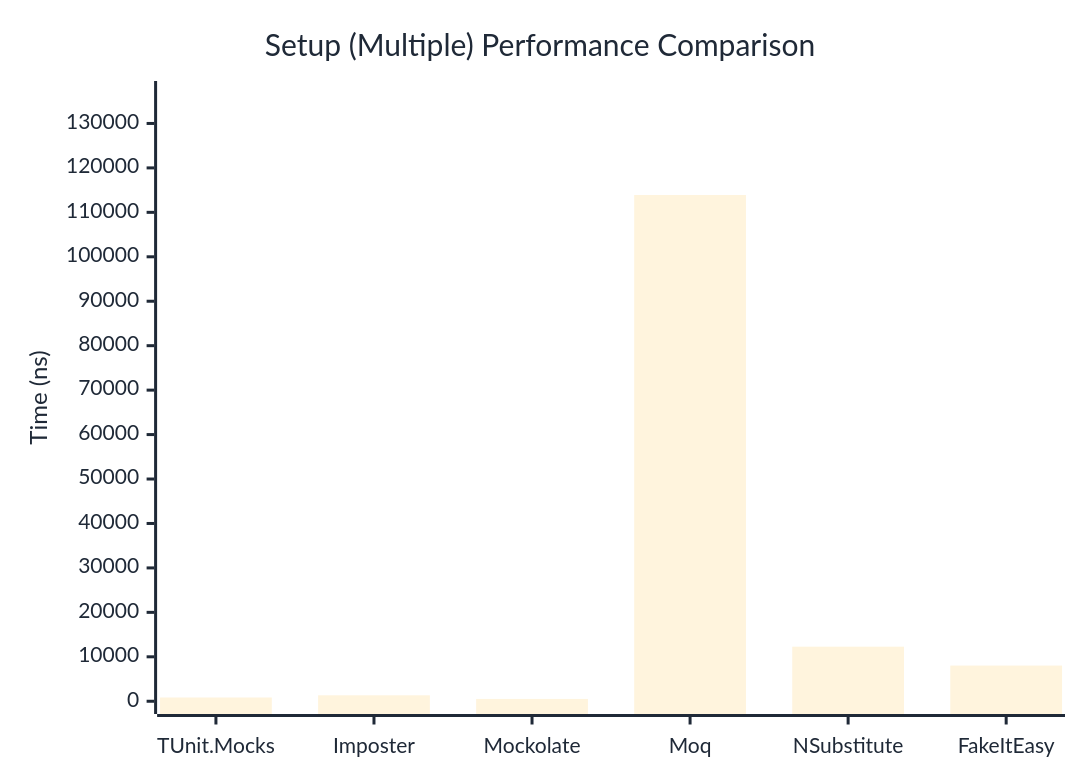
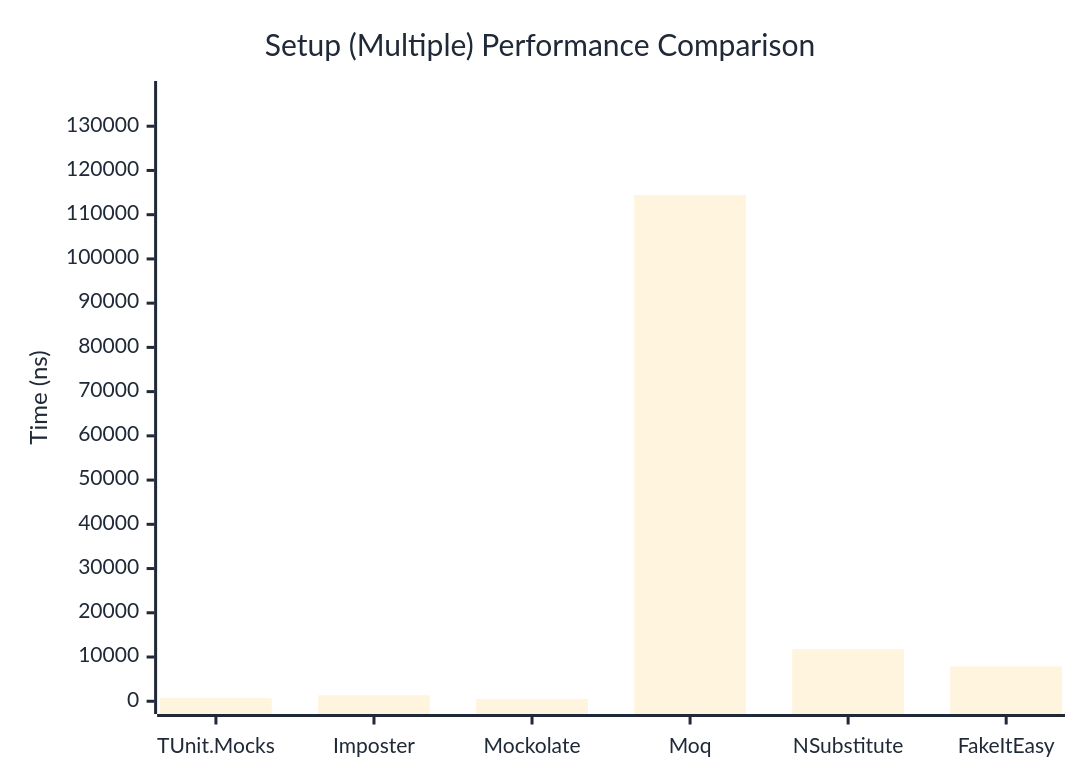
Before and after one commit to thomhurst/TUnit: the second of 2 diagrams in docs/docs/benchmarks/mocks/Setup.md, drawn with Mermaid. The commit also changed other lines of this file and 14 other files, not shown here.

````diff
--- a/docs/docs/benchmarks/mocks/Setup.md
+++ b/docs/docs/benchmarks/mocks/Setup.md
@@ -71,27 +71,27 @@
 ```mermaid
 %%{init: {
   'theme':'base',
   'themeVariables': {
     'primaryColor': '#2563eb',
     'primaryTextColor': '#1f2937',
     'primaryBorderColor': '#1e40af',
     'lineColor': '#6b7280',
     'secondaryColor': '#7c3aed',
     'tertiaryColor': '#dc2626',
     'background': '#ffffff',
     'pie1': '#2563eb',
     'pie2': '#7c3aed',
     'pie3': '#dc2626',
     'pie4': '#f59e0b',
     'pie5': '#10b981',
     'pie6': '#06b6d4',
     'pie7': '#ec4899',
     'pie8': '#6366f1'
   }
 }}%%
 xychart-beta
   title "Setup (Multiple) Performance Comparison"
   x-axis ["TUnit.Mocks", "Imposter", "Mockolate", "Moq", "NSubstitute", "FakeItEasy"]
-  y-axis "Time (ns)" 0 --> 136683
-  bar [845, 1339.7, 522.6, 113901.8, 12278.3, 8027.7]
+  y-axis "Time (ns)" 0 --> 137341
+  bar [732, 1349.3, 518.9, 114450.2, 11770.2, 7865.7]
 ```
````
